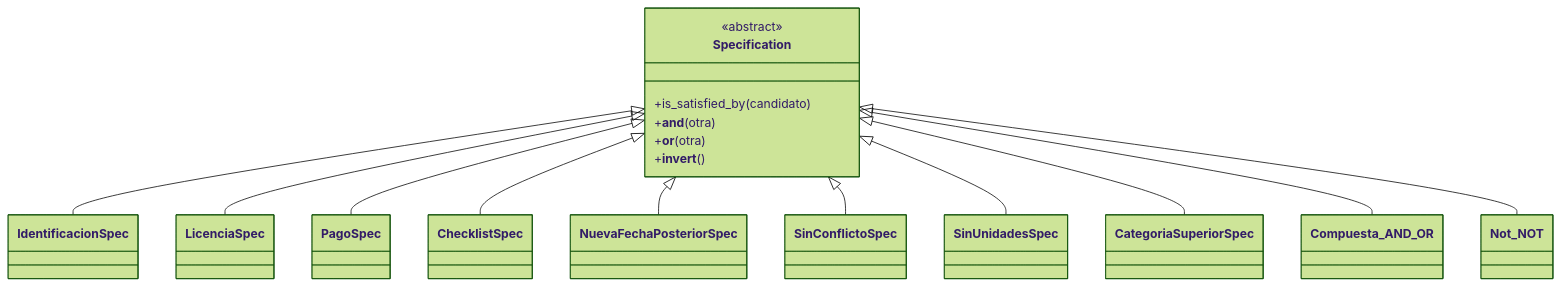
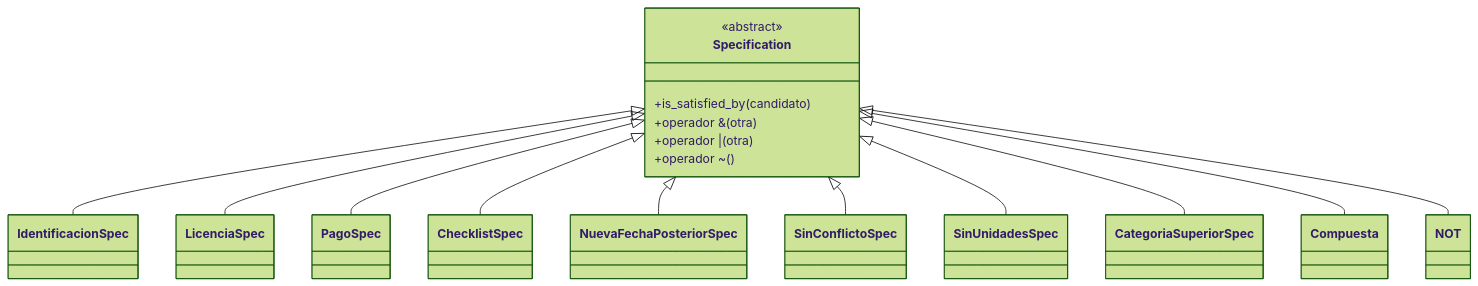
Before and after one commit to Lamaguer/NovaRentU6: the sixth of 9 diagrams in docs/Arquitectura/diagramas.md, drawn with Mermaid (forest theme).

Commit message:
Diagrama de Especificaciones modificado.

````diff
--- a/docs/Arquitectura/diagramas.md
+++ b/docs/Arquitectura/diagramas.md
@@ -203,20 +203,20 @@
 ```mermaid
 classDiagram
     class Specification {
         <<abstract>>
         +is_satisfied_by(candidato)
-        +__and__(otra)
-        +__or__(otra)
-        +__invert__()
+        +operador &(otra)
+        +operador |(otra)
+        +operador ~()
     }
     Specification <|-- IdentificacionSpec
     Specification <|-- LicenciaSpec
     Specification <|-- PagoSpec
     Specification <|-- ChecklistSpec
     Specification <|-- NuevaFechaPosteriorSpec
     Specification <|-- SinConflictoSpec
     Specification <|-- SinUnidadesSpec
     Specification <|-- CategoriaSuperiorSpec
-    Specification <|-- Compuesta_AND_OR
-    Specification <|-- Not_NOT
+    Specification <|-- Compuesta
+    Specification <|-- NOT
 ```
````
